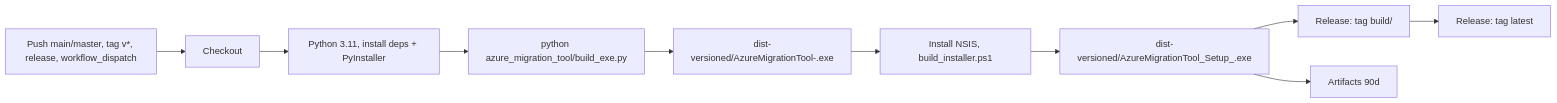
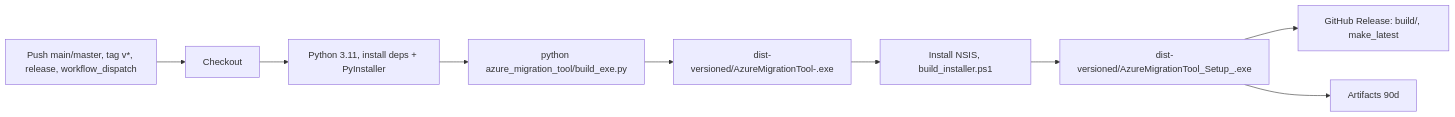
Before and after one commit to satishchauhan66/azure_migration_tool: diagram 14 of 14 in docs/ARCHITECTURE.md, drawn with Mermaid. The commit also changed other lines of this file and 1 other file, not shown here.

````diff
--- a/docs/ARCHITECTURE.md
+++ b/docs/ARCHITECTURE.md
@@ -373,13 +375,12 @@
 ```mermaid
 flowchart LR
     TRIGGER[Push main/master, tag v*, release, workflow_dispatch]
     TRIGGER --> CHECKOUT[Checkout]
     CHECKOUT --> PY[Python 3.11, install deps + PyInstaller]
     PY --> BUILD[python azure_migration_tool/build_exe.py]
     BUILD --> EXE[dist-versioned/AzureMigrationTool-<ver>.exe]
     EXE --> NSIS[Install NSIS, build_installer.ps1]
     NSIS --> SETUP[dist-versioned/AzureMigrationTool_Setup_<ver>.exe]
-    SETUP --> ARCH[Release: tag build/<ver>]
-    ARCH --> LATEST[Release: tag latest]
+    SETUP --> REL[GitHub Release: build/<ver>, make_latest]
     SETUP --> ART[Artifacts 90d]
 ```
````
